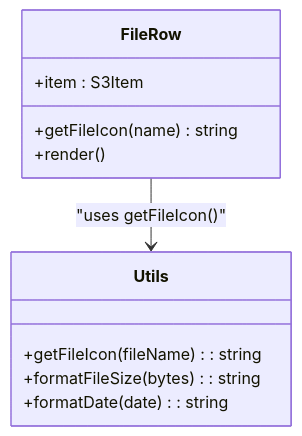
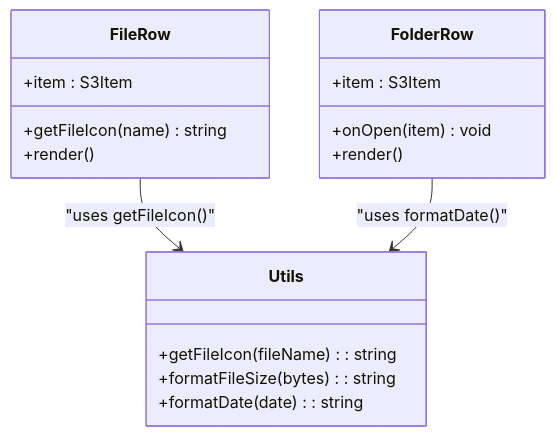
Before and after one commit to nasrulhadi/s3-explorer: the seventh of 15 diagrams in .qoder/repowiki/en/content/Core Features/File Browser Interface.md, drawn with Mermaid. The commit also changed other lines of this file and 44 other files, not shown here.

````diff
--- a/.qoder/repowiki/en/content/Core Features/File Browser Interface.md
+++ b/.qoder/repowiki/en/content/Core Features/File Browser Interface.md
@@ -278,14 +318,20 @@
 ```mermaid
 classDiagram
 class FileRow {
 +item : S3Item
 +getFileIcon(name) string
++render()
+}
+class FolderRow {
++item : S3Item
++onOpen(item) void
 +render()
 }
 class Utils {
 +getFileIcon(fileName) : string
 +formatFileSize(bytes) : string
 +formatDate(date) : string
 }
 FileRow --> Utils : "uses getFileIcon()"
+FolderRow --> Utils : "uses formatDate()"
 ```
````
